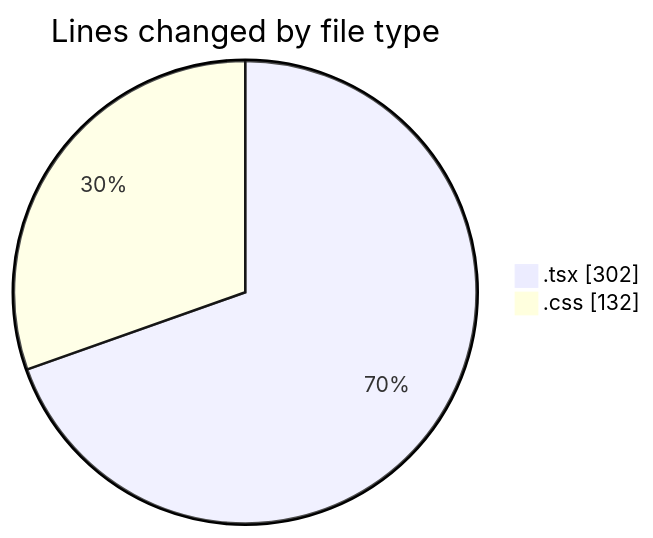
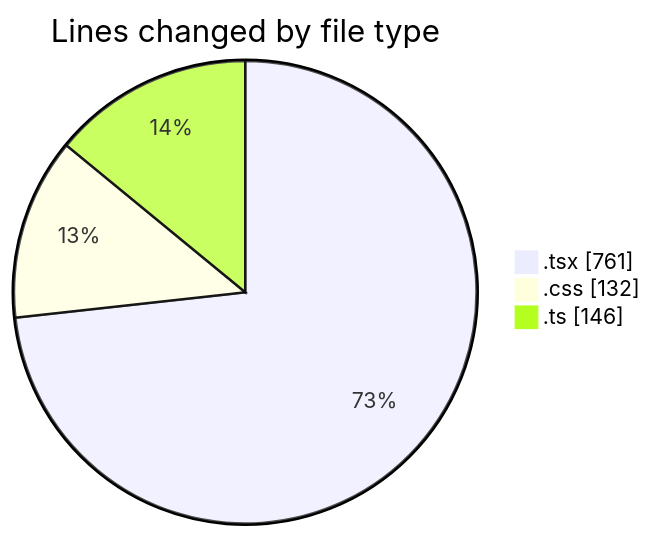
Before and after one commit to Elitesun/code-tracking: the first of 2 diagrams in 2025-05-06/niten/README.md, drawn with Mermaid. The commit also changed other lines of this file and 1 other file, not shown here.

````diff
--- a/2025-05-06/niten/README.md
+++ b/2025-05-06/niten/README.md
@@ -25,6 +36,7 @@
 ```mermaid
 pie showData
 title Lines changed by file type
-".tsx" : 302
+".tsx" : 761
 ".css" : 132
+".ts" : 146
 ```
````
